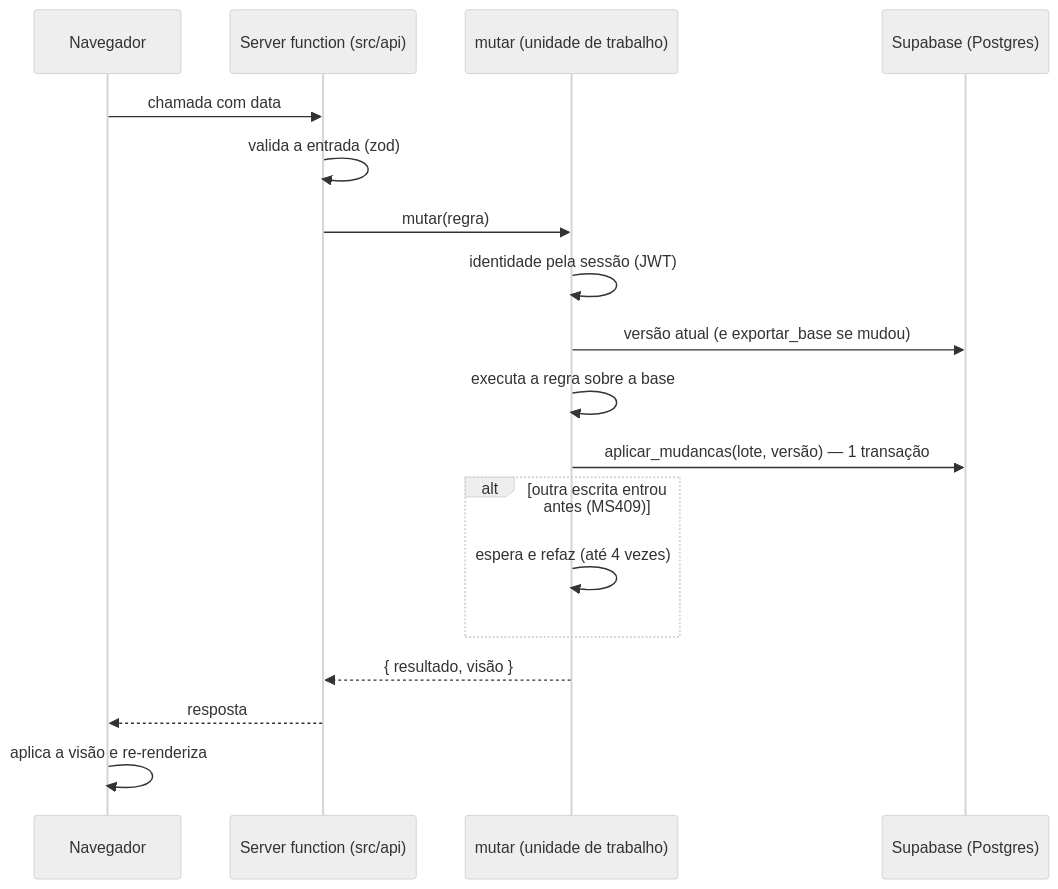
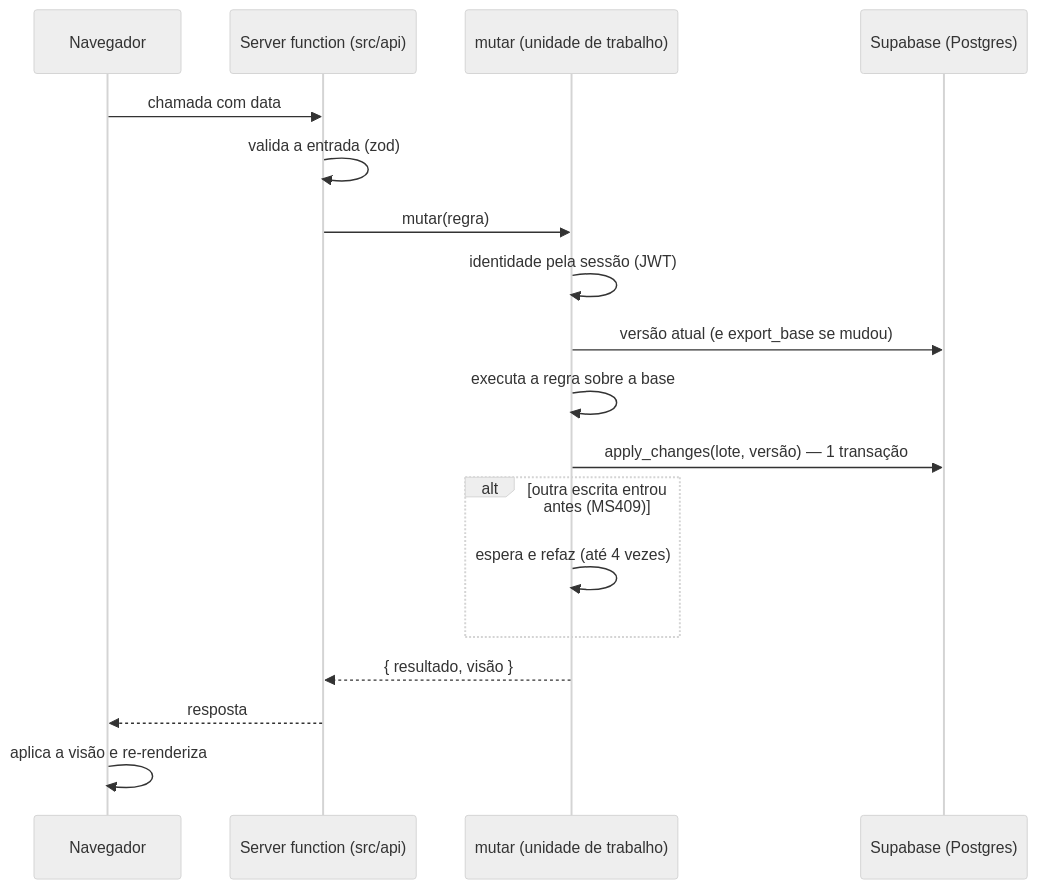
One commit to Fala-Operador/milsim-ops changed the first of 10 diagrams in docs/fluxos.md. Above: the diagram before and after it, drawn with Mermaid (neutral theme). The commit also changed 18 other files, not shown here.

````diff
--- a/docs/fluxos.md
+++ b/docs/fluxos.md
@@ -27,20 +27,20 @@
 ```mermaid
 sequenceDiagram
     participant N as Navegador
     participant F as Server function (src/api)
     participant U as mutar (unidade de trabalho)
     participant DB as Supabase (Postgres)
     N->>F: chamada com data
     F->>F: valida a entrada (zod)
     F->>U: mutar(regra)
     U->>U: identidade pela sessão (JWT)
-    U->>DB: versão atual (e exportar_base se mudou)
+    U->>DB: versão atual (e export_base se mudou)
     U->>U: executa a regra sobre a base
-    U->>DB: aplicar_mudancas(lote, versão) — 1 transação
+    U->>DB: apply_changes(lote, versão) — 1 transação
     alt outra escrita entrou antes (MS409)
         U->>U: espera e refaz (até 4 vezes)
     end
     U-->>F: { resultado, visão }
     F-->>N: resposta
     N->>N: aplica a visão e re-renderiza
 ```
````
